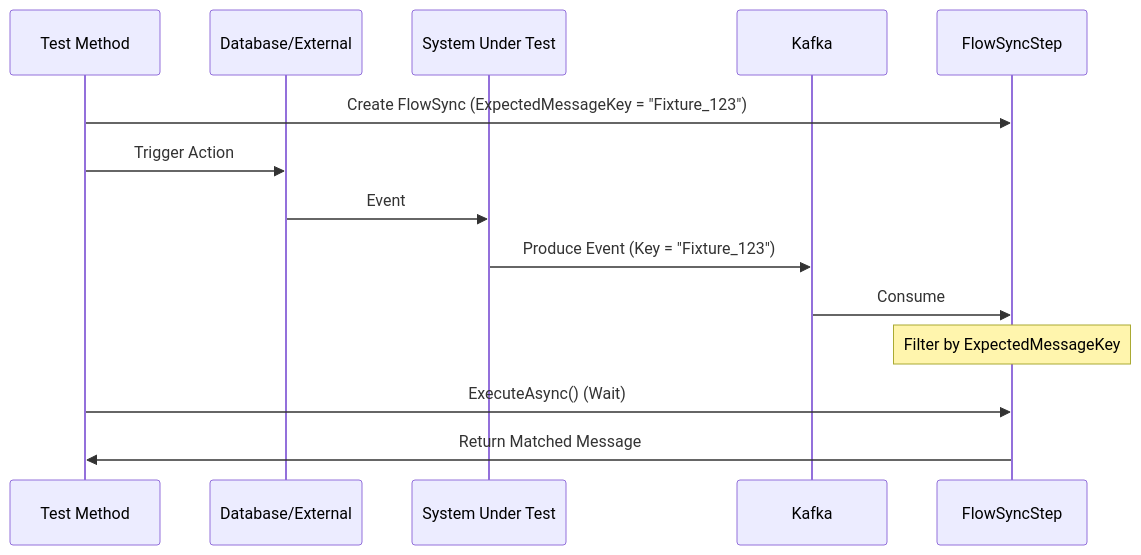
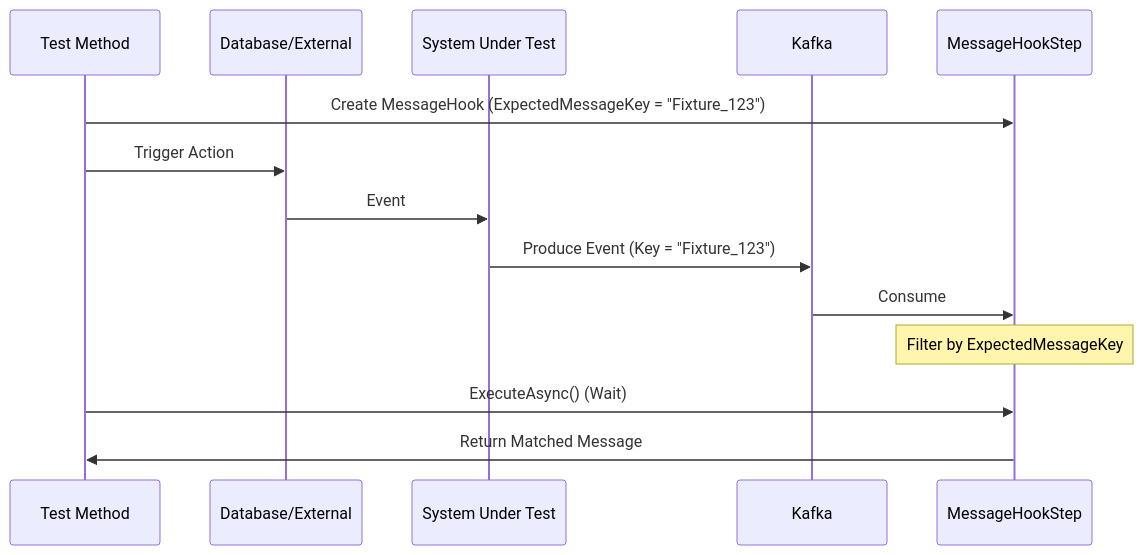
One commit to Asher-P/flowsync-testkit changed the third of 3 diagrams in docs/High-Level-Design.md. Above: the diagram before and after it, drawn with Mermaid. The commit also changed other lines of this file and 144 other files, not shown here.

First line of the commit message:
Rename FlowSync -> MessageHook throughout

````diff
--- a/docs/High-Level-Design.md
+++ b/docs/High-Level-Design.md
@@ -95,17 +95,17 @@
 ```mermaid
 sequenceDiagram
     participant Test as Test Method
     participant Ext as Database/External
     participant SUT as System Under Test
     participant Kafka as Kafka
-    participant JS as FlowSyncStep
+    participant JS as MessageHookStep
 
-    Test->>JS: Create FlowSync (ExpectedMessageKey = "Fixture_123")
+    Test->>JS: Create MessageHook (ExpectedMessageKey = "Fixture_123")
     Test->>Ext: Trigger Action
     Ext->>SUT: Event
     SUT->>Kafka: Produce Event (Key = "Fixture_123")
     Kafka->>JS: Consume
     Note over JS: Filter by ExpectedMessageKey
     Test->>JS: ExecuteAsync() (Wait)
     JS->>Test: Return Matched Message
 ```
````
